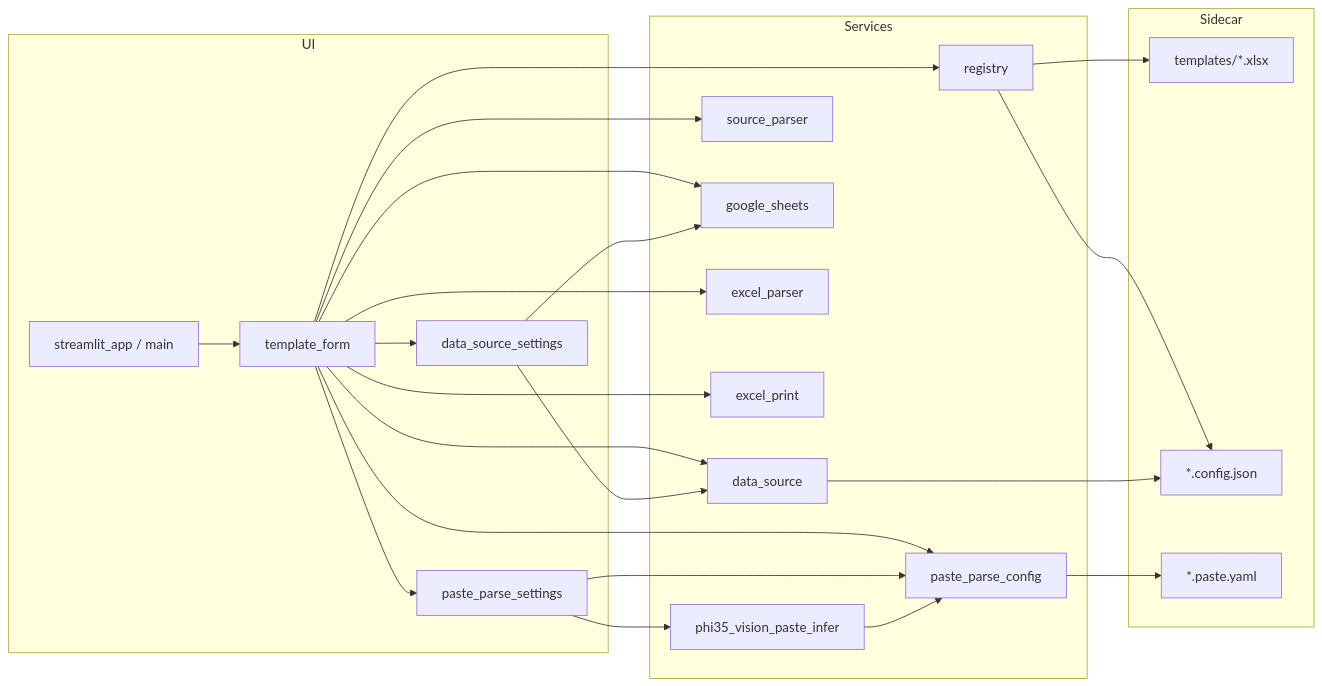
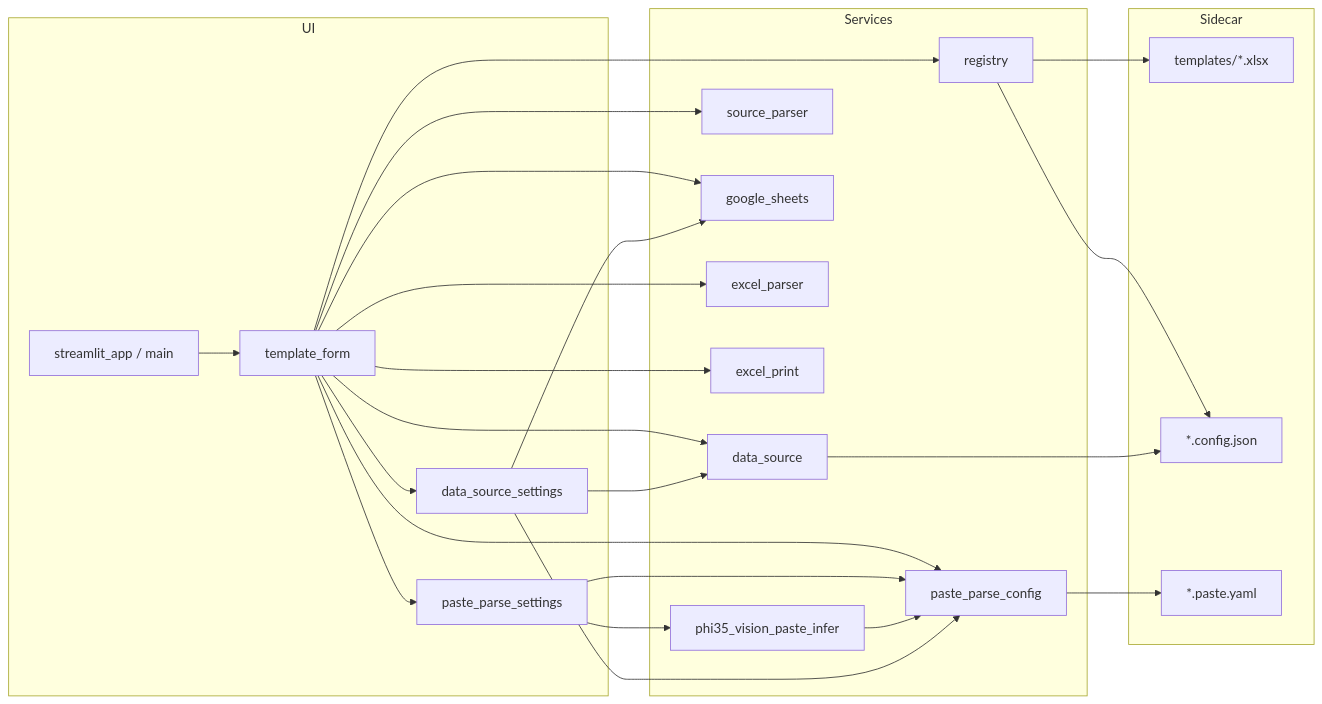
The diagram in plans/CODEGRAPH_OVERVIEW.md (gostnort/excel-template-viz), drawn with Mermaid before and after one commit. The commit also changed other lines of this file and 10 other files, not shown here.

````diff
--- a/plans/CODEGRAPH_OVERVIEW.md
+++ b/plans/CODEGRAPH_OVERVIEW.md
@@ -72,43 +73,44 @@
 ```mermaid
 flowchart LR
     subgraph UI
         A[streamlit_app / main]
         B[template_form]
         P[paste_parse_settings]
         C[data_source_settings]
     end
     subgraph Sidecar
         T["templates/*.xlsx"]
         J["*.config.json"]
         Y["*.paste.yaml"]
     end
     subgraph Services
         R[registry]
         DS[data_source]
         PPC[paste_parse_config]
         SP[source_parser]
         GS[google_sheets]
         EP[excel_parser]
         EX[excel_print]
         VI[phi35_vision_paste_infer]
     end
     A --> B
     B --> P
     B --> C
     B --> R
     B --> DS
     B --> PPC
     B --> SP
     B --> GS
     B --> EP
     B --> EX
     P --> VI
     P --> PPC
     VI --> PPC
     C --> DS
+    C --> PPC
     C --> GS
     R --> T
     R --> J
     PPC --> Y
     DS --> J
 ```
````
